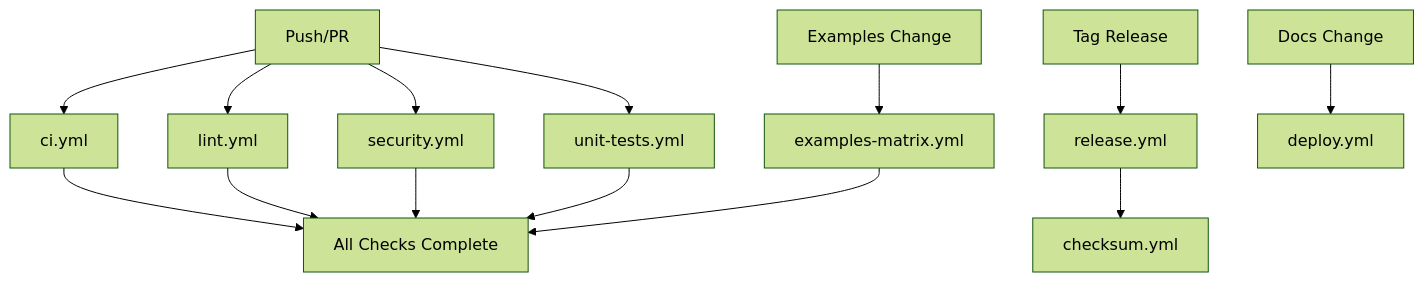
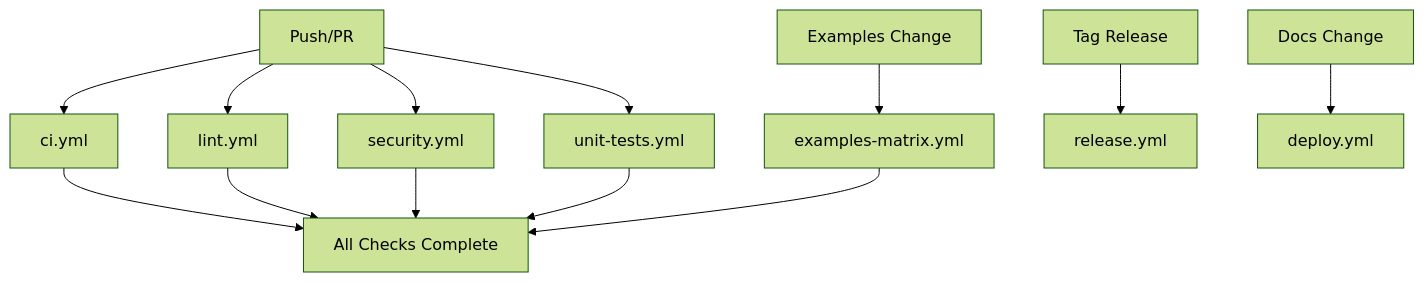
The diagram in docs/development/ci-cd.md (gripmock/grpctestify), drawn with Mermaid (forest theme) before and after one commit. The commit also changed other lines of this file and 57 other files, not shown here.

````diff
--- a/docs/development/ci-cd.md
+++ b/docs/development/ci-cd.md
@@ -136,20 +131,19 @@
 ```mermaid
 graph TD
     A[Push/PR] --> B[ci.yml]
     A --> C[lint.yml]
     A --> D[security.yml]
     A --> E[unit-tests.yml]
     
     F[Examples Change] --> G[examples-matrix.yml]
     
     H[Tag Release] --> I[release.yml]
-    I --> J[checksum.yml]
     
     K[Docs Change] --> L[deploy.yml]
     
     B --> M[All Checks Complete]
     C --> M
     D --> M
     E --> M
     G --> M
 ```
````
